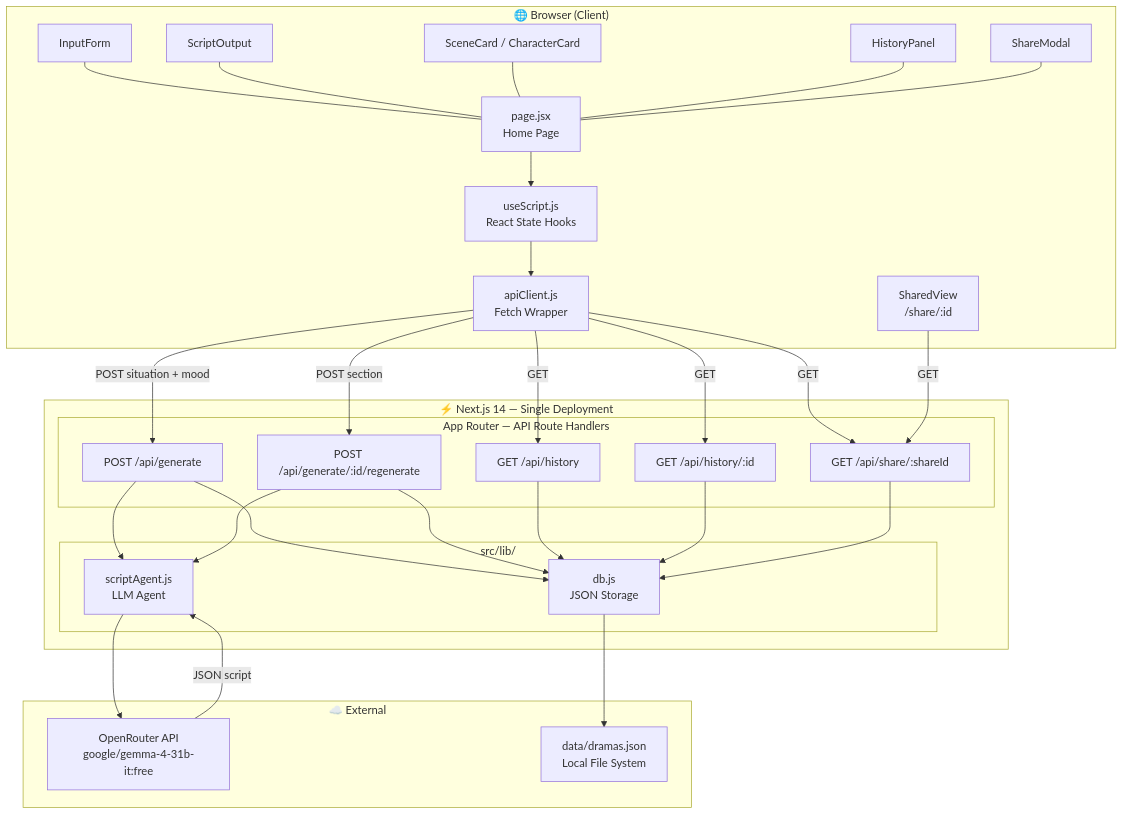
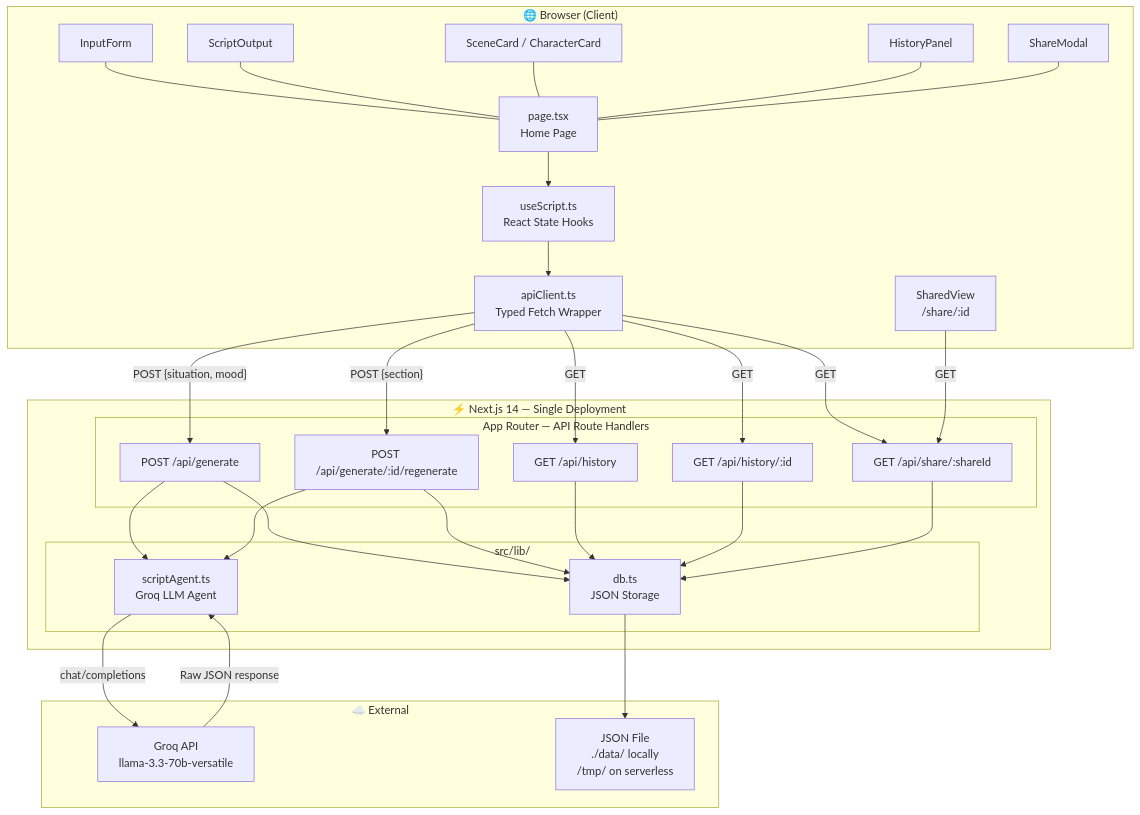
One commit to prakharsingh-74/deepshort-Assg changed the first of 3 diagrams in README.md. Above: the diagram before and after it, drawn with Mermaid. The commit also changed other lines of this file and 2 other files, not shown here.

````diff
--- a/README.md
+++ b/README.md
@@ -124,54 +125,54 @@
 ```mermaid
 graph TD
     subgraph Browser["🌐 Browser (Client)"]
-        UI["page.jsx\nHome Page"]
-        Hook["useScript.js\nReact State Hooks"]
-        AC["apiClient.js\nFetch Wrapper"]
+        UI["page.tsx\nHome Page"]
+        Hook["useScript.ts\nReact State Hooks"]
+        AC["apiClient.ts\nTyped Fetch Wrapper"]
         C1["InputForm"]
         C2["ScriptOutput"]
         C3["SceneCard / CharacterCard"]
         C4["HistoryPanel"]
         C5["ShareModal"]
         SV["SharedView\n/share/:id"]
     end
 
     subgraph NextJS["⚡ Next.js 14 — Single Deployment"]
         subgraph API["App Router — API Route Handlers"]
             R1["POST /api/generate"]
             R2["POST /api/generate/:id/regenerate"]
             R3["GET  /api/history"]
             R4["GET  /api/history/:id"]
             R5["GET  /api/share/:shareId"]
         end
 
         subgraph Lib["src/lib/"]
-            Agent["scriptAgent.js\nLLM Agent"]
-            DB["db.js\nJSON Storage"]
+            Agent["scriptAgent.ts\nGroq LLM Agent"]
+            DB["db.ts\nJSON Storage"]
         end
     end
 
     subgraph External["☁️ External"]
-        OR["OpenRouter API\ngoogle/gemma-4-31b-it:free"]
-        FS["data/dramas.json\nLocal File System"]
+        Groq["Groq API\nllama-3.3-70b-versatile"]
+        FS["JSON File\n./data/ locally\n/tmp/ on serverless"]
     end
 
     UI --> Hook --> AC
-    AC -->|POST situation + mood| R1
-    AC -->|POST section| R2
+    AC -->|"POST {situation, mood}"| R1
+    AC -->|"POST {section}"| R2
     AC -->|GET| R3
     AC -->|GET| R4
     AC -->|GET| R5
 
-    R1 --> Agent --> OR
+    R1 --> Agent -->|chat/completions| Groq
     R2 --> Agent
-    OR -->|JSON script| Agent
+    Groq -->|"Raw JSON response"| Agent
 
     R1 --> DB --> FS
     R2 --> DB
     R3 --> DB
     R4 --> DB
     R5 --> DB
 
     C1 & C2 & C3 & C4 & C5 --- UI
     SV -->|GET| R5
 ```
````
